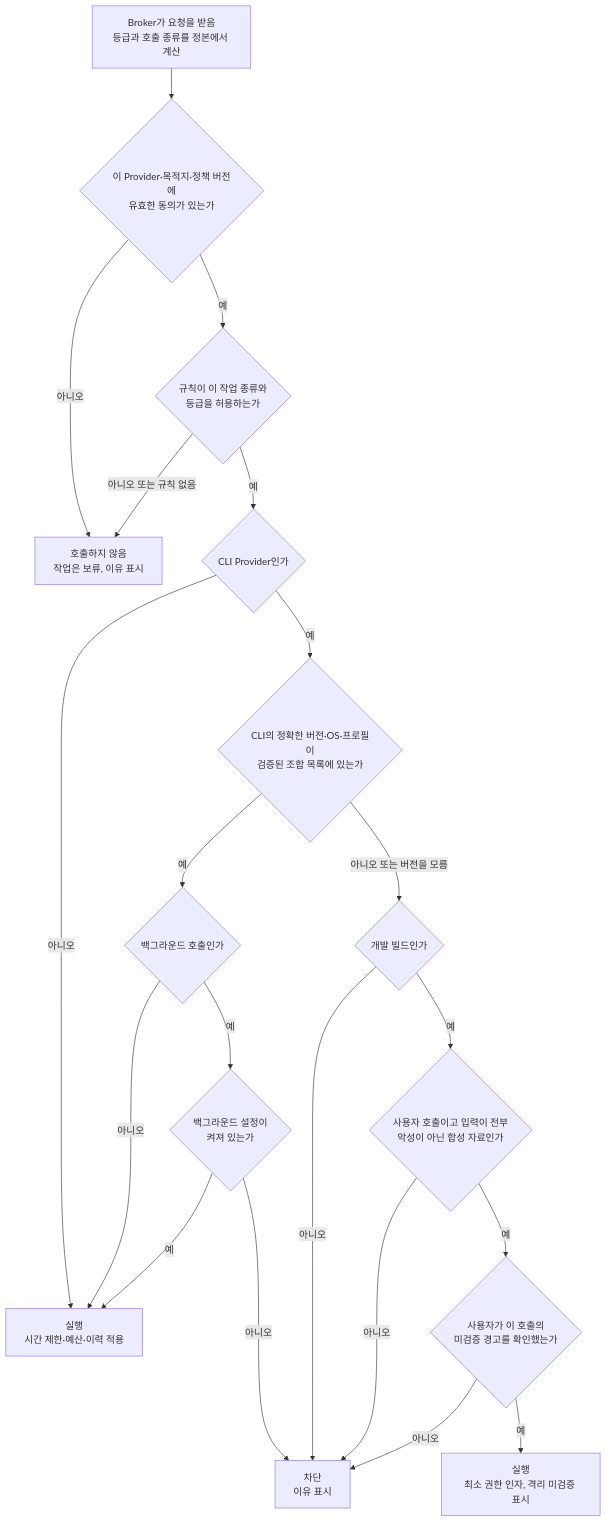
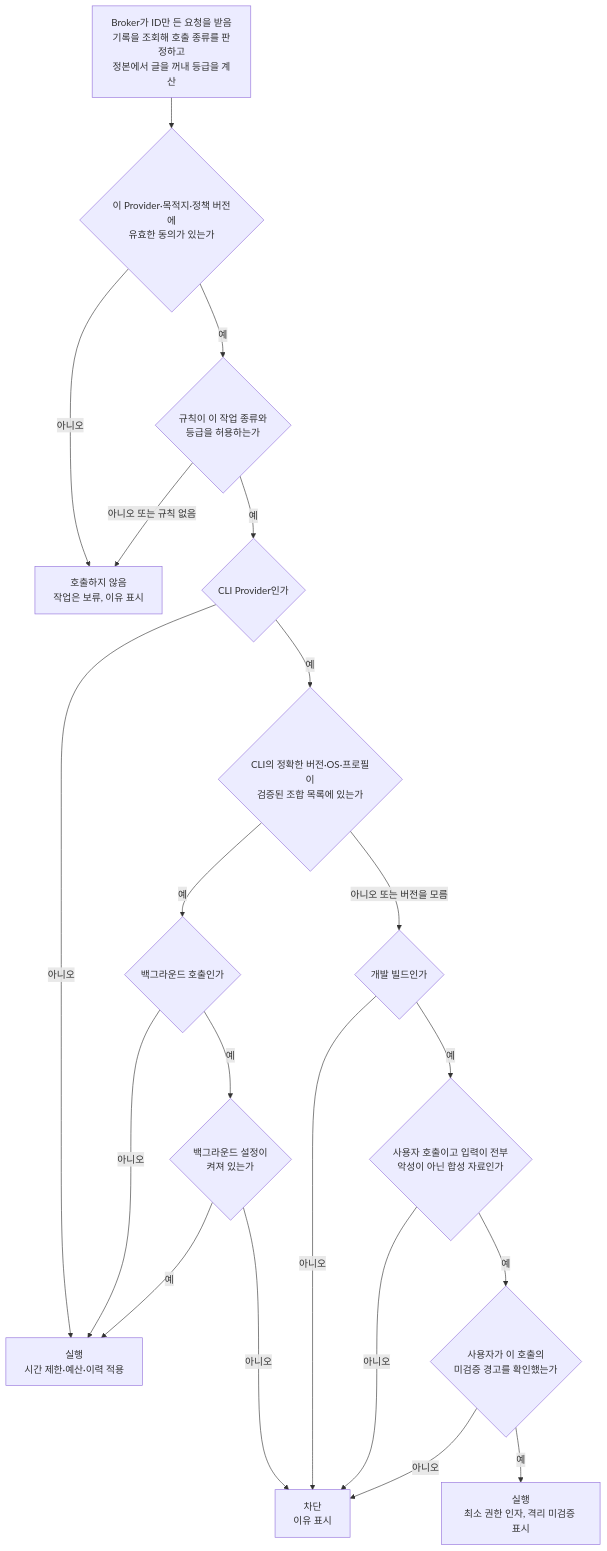
The first of 3 diagrams in docs/specs/2026-11-21-V01-vertical-skeleton.md (nohdol97/PKI), drawn with Mermaid before and after one commit. The commit also changed other lines of this file and 9 other files, not shown here.

````diff
--- a/docs/specs/2026-11-21-V01-vertical-skeleton.md
+++ b/docs/specs/2026-11-21-V01-vertical-skeleton.md
@@ -109,22 +113,22 @@
 ```mermaid
 flowchart TD
-  REQ["Broker가 요청을 받음<br/>등급과 호출 종류를 정본에서 계산"] --> CONS{"이 Provider·목적지·정책 버전에<br/>유효한 동의가 있는가"}
+  REQ["Broker가 ID만 든 요청을 받음<br/>기록을 조회해 호출 종류를 판정하고<br/>정본에서 글을 꺼내 등급을 계산"] --> CONS{"이 Provider·목적지·정책 버전에<br/>유효한 동의가 있는가"}
   CONS -->|"아니오"| DENY["호출하지 않음<br/>작업은 보류, 이유 표시"]
   CONS -->|"예"| RULE{"규칙이 이 작업 종류와<br/>등급을 허용하는가"}
   RULE -->|"아니오 또는 규칙 없음"| DENY
   RULE -->|"예"| TR{"CLI Provider인가"}
   TR -->|"아니오"| RUN["실행<br/>시간 제한·예산·이력 적용"]
   TR -->|"예"| VER{"CLI의 정확한 버전·OS·프로필이<br/>검증된 조합 목록에 있는가"}
   VER -->|"예"| BG{"백그라운드 호출인가"}
   BG -->|"아니오"| RUN
   BG -->|"예"| BGON{"백그라운드 설정이<br/>켜져 있는가"}
   BGON -->|"예"| RUN
   BGON -->|"아니오"| BLOCK["차단<br/>이유 표시"]
   VER -->|"아니오 또는 버전을 모름"| DEV{"개발 빌드인가"}
   DEV -->|"아니오"| BLOCK
   DEV -->|"예"| SYN{"사용자 호출이고 입력이 전부<br/>악성이 아닌 합성 자료인가"}
   SYN -->|"아니오"| BLOCK
   SYN -->|"예"| ACK{"사용자가 이 호출의<br/>미검증 경고를 확인했는가"}
   ACK -->|"아니오"| BLOCK
   ACK -->|"예"| RUNU["실행<br/>최소 권한 인자, 격리 미검증 표시"]
 ```
````
